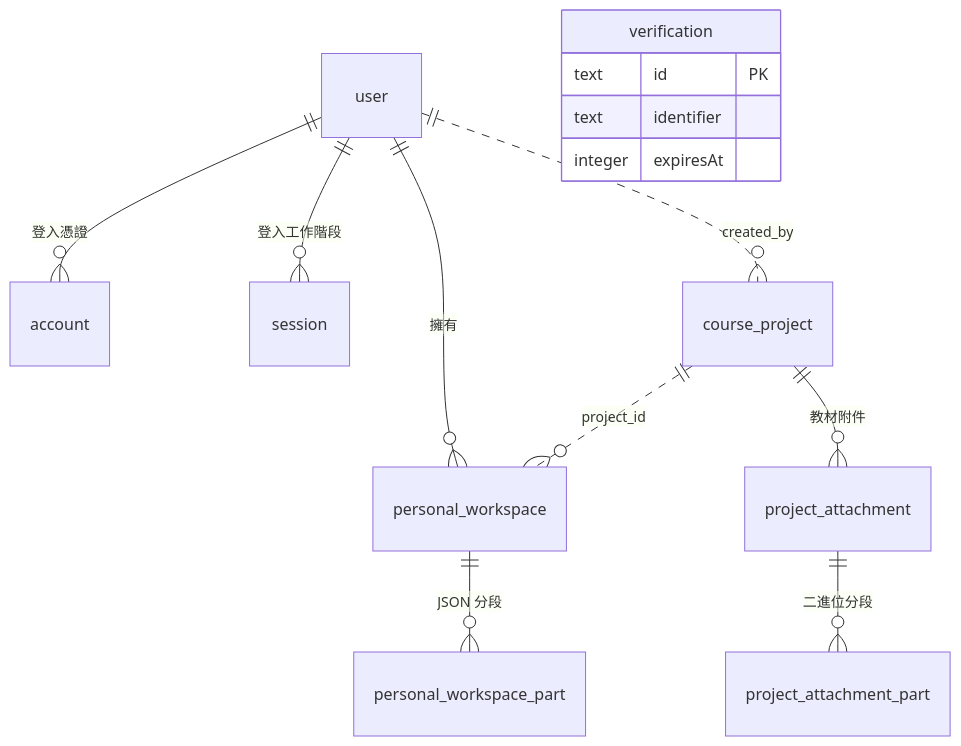
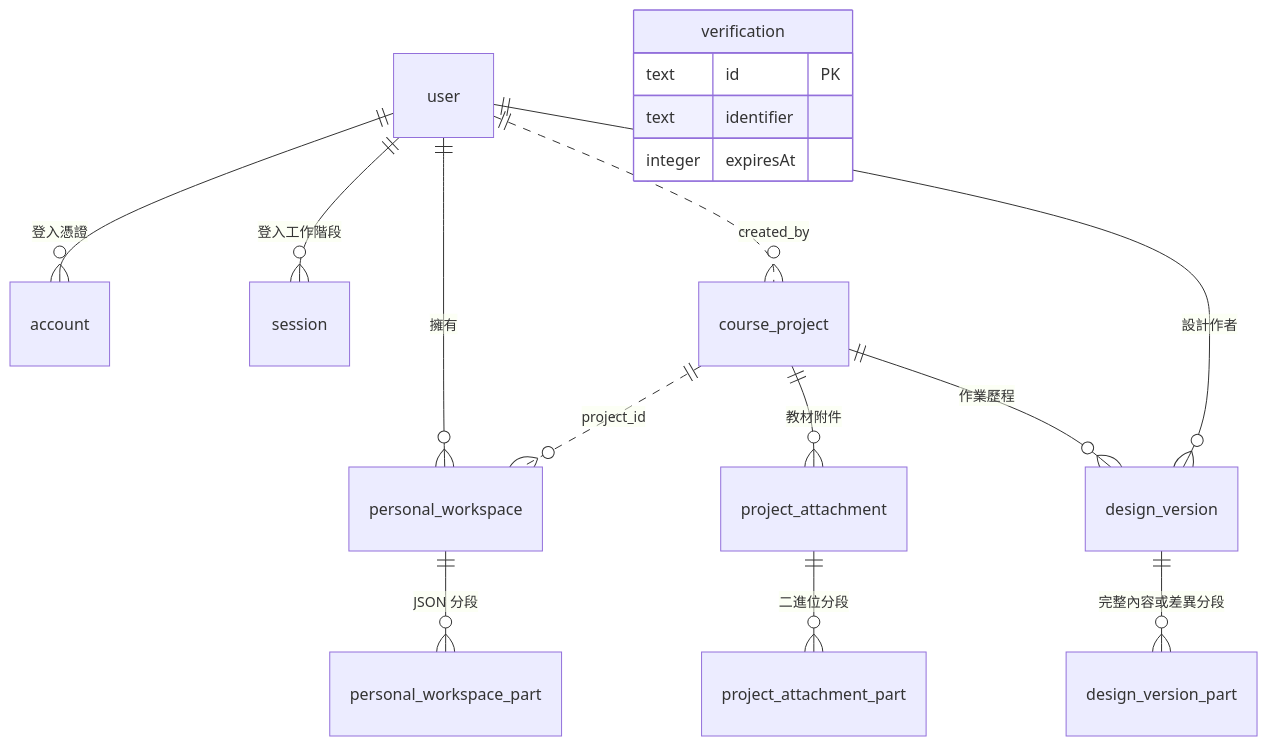
Before and after one commit to The-Lost-Light/CS-Platform: the fourth of 4 diagrams in Architecture.md, drawn with Mermaid. The commit also changed other lines of this file and 32 other files, not shown here.

````diff
--- a/Architecture.md
+++ b/Architecture.md
@@ -239,16 +243,19 @@
 ```mermaid
 erDiagram
     user ||--o{ account : "登入憑證"
     user ||--o{ session : "登入工作階段"
     user ||--o{ personal_workspace : "擁有"
     user ||..o{ course_project : "created_by"
     course_project ||..o{ personal_workspace : "project_id"
     course_project ||--o{ project_attachment : "教材附件"
     project_attachment ||--o{ project_attachment_part : "二進位分段"
     personal_workspace ||--o{ personal_workspace_part : "JSON 分段"
+    user ||--o{ design_version : "設計作者"
+    course_project ||--o{ design_version : "作業歷程"
+    design_version ||--o{ design_version_part : "完整內容或差異分段"
     verification {
         text id PK
         text identifier
         integer expiresAt
     }
 ```
````
